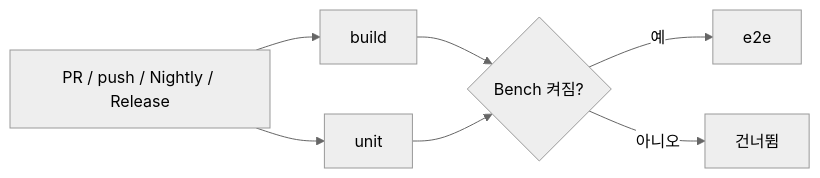
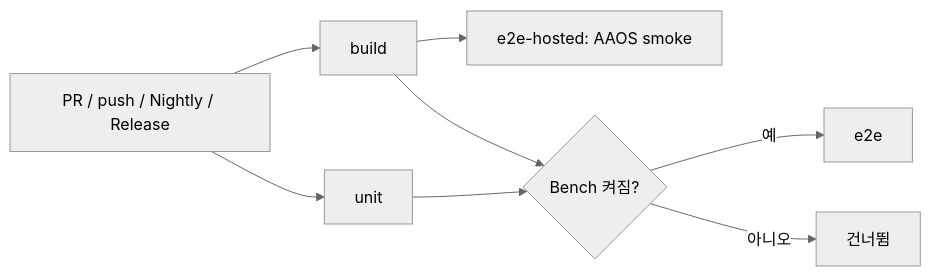
Before and after one commit to bugspeaker/opencabin-ivi: the second of 2 diagrams in docs/portfolio.md, drawn with Mermaid (neutral theme). The commit also changed other lines of this file and 3 other files, not shown here.

````diff
--- a/docs/portfolio.md
+++ b/docs/portfolio.md
@@ -378,9 +378,10 @@
 ```mermaid
 flowchart LR
     E[PR / push / Nightly / Release] --> B[build]
     E --> U[unit]
+    B --> H[e2e-hosted: AAOS smoke]
     B --> X{Bench 켜짐?}
     U --> X
     X -->|예| R[e2e]
     X -->|아니오| K[건너뜀]
 ```
````
